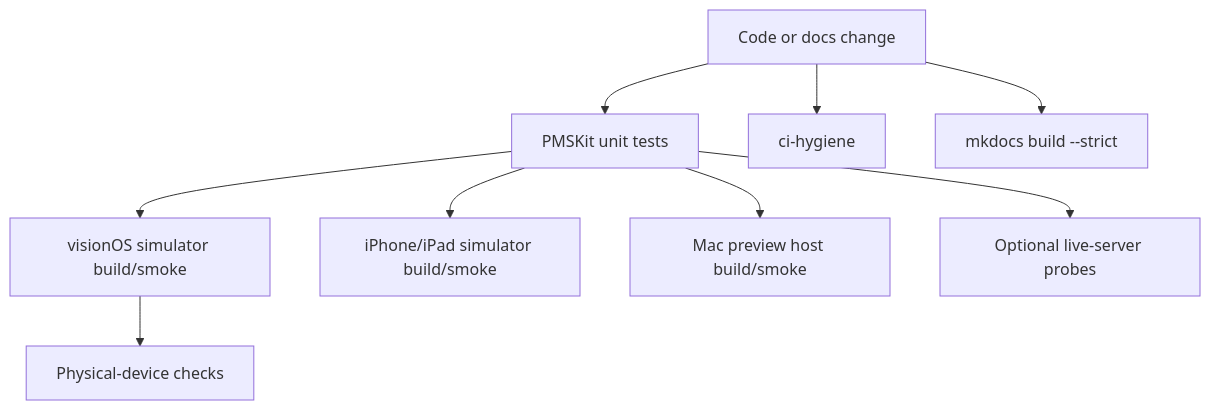
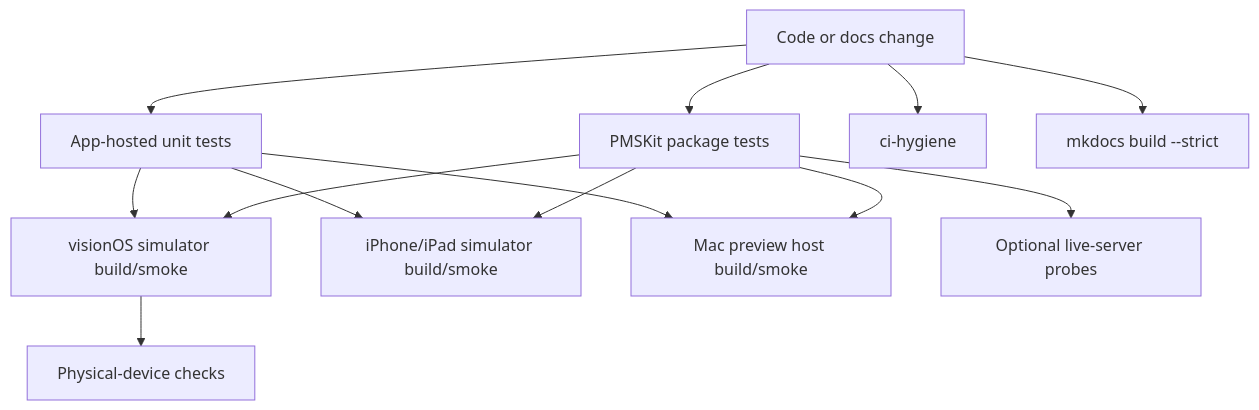
Before and after one commit to jlipworth/Labstream: the diagram in docs/TESTING-STRATEGY.md, drawn with Mermaid. The commit also changed other lines of this file and 60 other files, not shown here.

````diff
--- a/docs/TESTING-STRATEGY.md
+++ b/docs/TESTING-STRATEGY.md
@@ -5,11 +5,15 @@
 ```mermaid
 flowchart TD
-  Change[Code or docs change] --> Unit[PMSKit unit tests]
+  Change[Code or docs change] --> Unit[PMSKit package tests]
+  Change --> AppUnit[App-hosted unit tests]
   Change --> Hygiene[ci-hygiene]
   Change --> Docs[mkdocs build --strict]
   Unit --> VisionSim[visionOS simulator build/smoke]
   Unit --> MobileSim[iPhone/iPad simulator build/smoke]
   Unit --> MacHost[Mac preview host build/smoke]
   VisionSim --> Device[Physical-device checks]
   Unit --> Live[Optional live-server probes]
+  AppUnit --> VisionSim
+  AppUnit --> MobileSim
+  AppUnit --> MacHost
 ```
````
